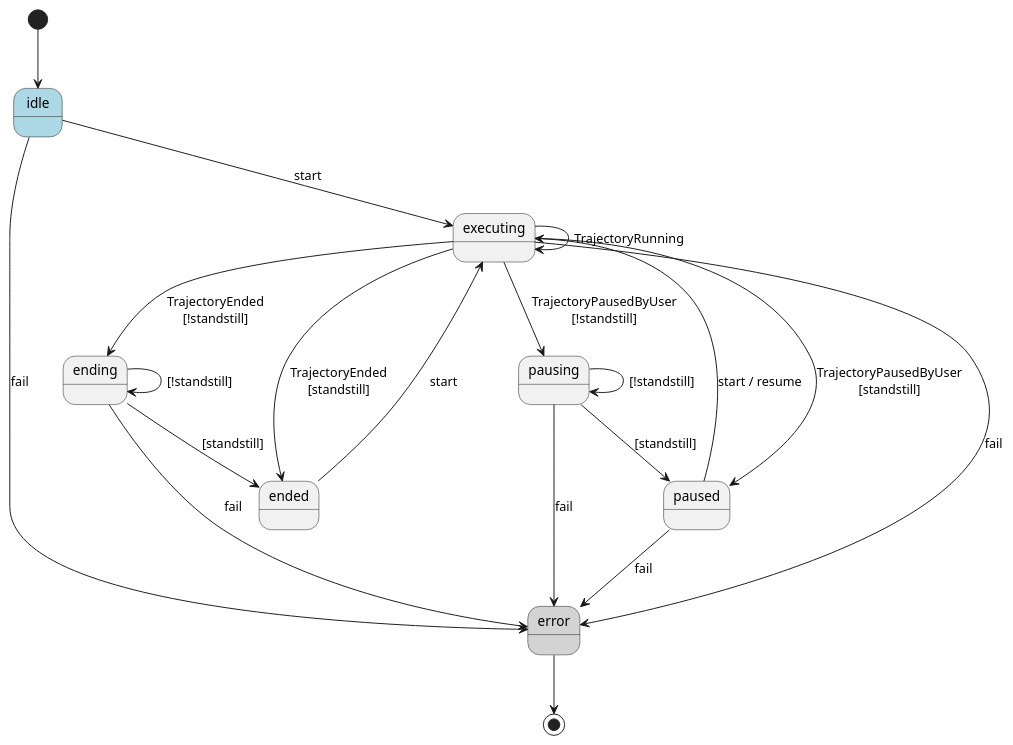
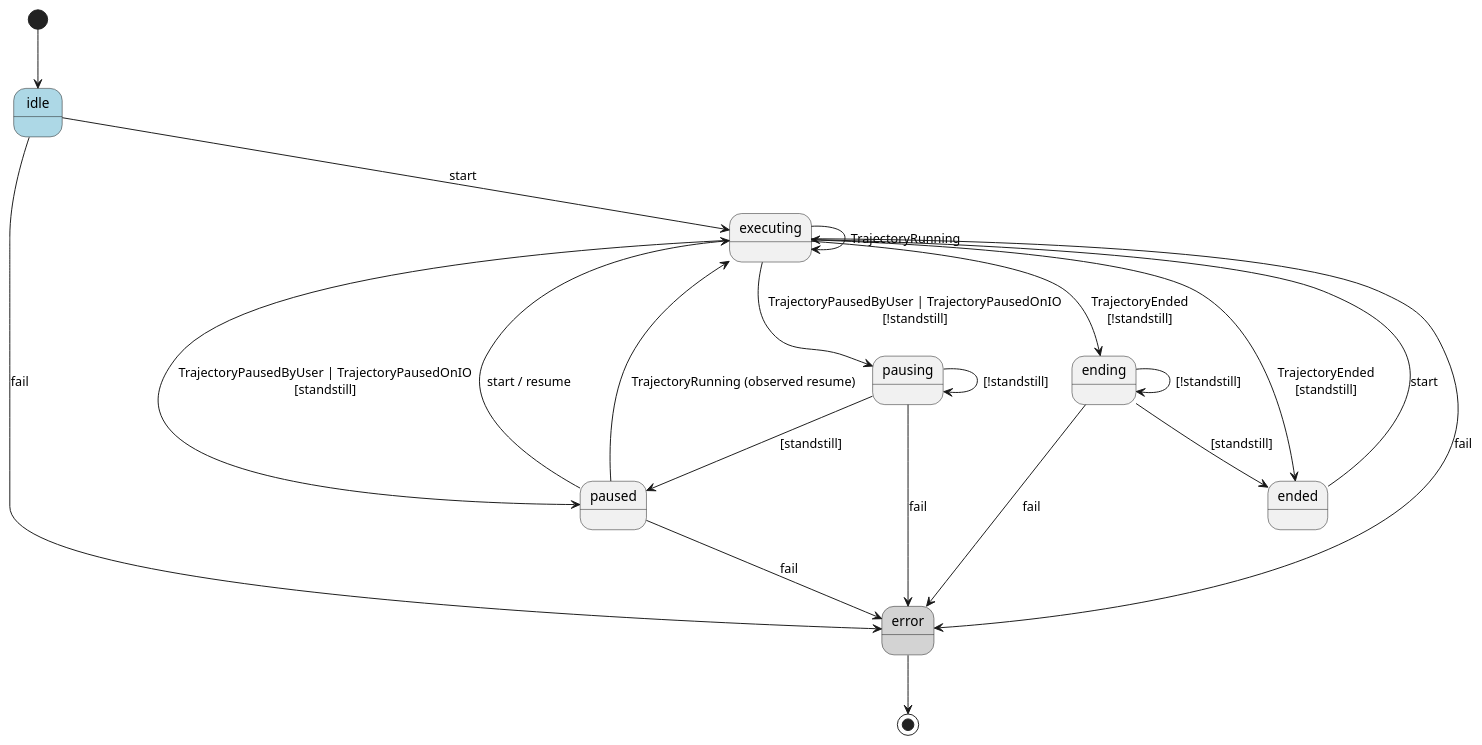
The first of 2 diagrams in nova/cell/movement_controller/README.md (wandelbotsgmbh/wandelbots-nova), drawn with PlantUML before and after one commit. The commit also changed other lines of this file and 17 other files, not shown here.

````diff
--- a/nova/cell/movement_controller/README.md
+++ b/nova/cell/movement_controller/README.md
@@ -84,38 +99,39 @@
 ```plantuml
 @startuml TrajectoryExecutionMachine
 skinparam state {
     BackgroundColor<<initial>> LightBlue
     BackgroundColor<<final>> LightGray
 }
 
 [*] --> idle
 
 state idle <<initial>>
 state error <<final>>
 
 idle --> executing : start
 paused --> executing : start / resume
 ended --> executing : start
 
 executing --> executing : TrajectoryRunning
 executing --> ended : TrajectoryEnded\n[standstill]
 executing --> ending : TrajectoryEnded\n[!standstill]
-executing --> paused : TrajectoryPausedByUser\n[standstill]
-executing --> pausing : TrajectoryPausedByUser\n[!standstill]
+executing --> paused : TrajectoryPausedByUser | TrajectoryPausedOnIO\n[standstill]
+executing --> pausing : TrajectoryPausedByUser | TrajectoryPausedOnIO\n[!standstill]
+paused --> executing : TrajectoryRunning (observed resume)
 
 ending --> ending : [!standstill]
 ending --> ended : [standstill]
 
 pausing --> pausing : [!standstill]
 pausing --> paused : [standstill]
 
 idle --> error : fail
 executing --> error : fail
 ending --> error : fail
 pausing --> error : fail
 paused --> error : fail
 
 error --> [*]
 
 @enduml
 ```
````
